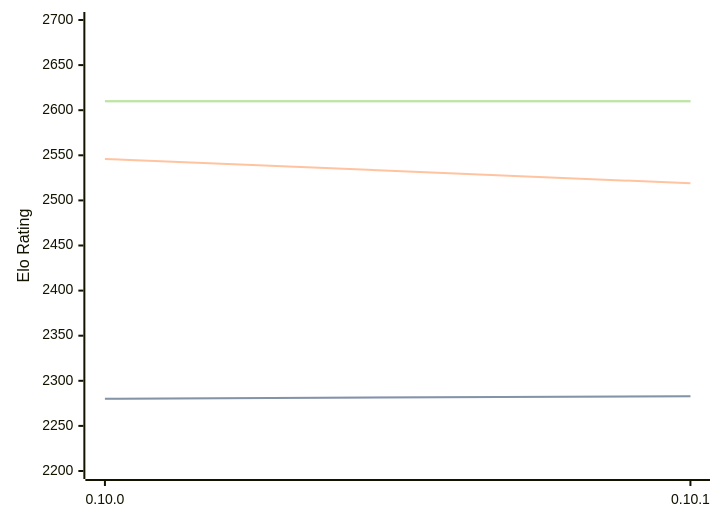
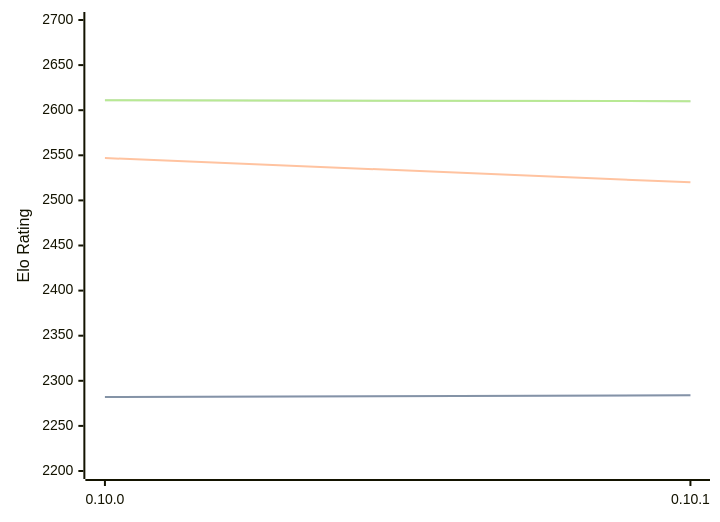
Before and after one commit to computer-chess-index/cci: the diagram in engines/Fatalii.md, drawn with Mermaid. The commit also changed other lines of this file, not shown here.

Commit message:
Update CCI Ratings (ELO VLTC) - 2026-10-09

````diff
--- a/engines/Fatalii.md
+++ b/engines/Fatalii.md
@@ -32,11 +32,11 @@
 ```mermaid
 %%{init: {"theme":"base","themeVariables":{"seriesColors:['#a3a3a3','#222221','#faa371']}}}%%
 xychart-beta
   x-axis ["0.10.0", "0.10.1"]
   y-axis "Elo Rating" 2200 --> 2700
-  line "" [2280, 2283]
-  line "STC (8.0+0.08s)" [2280, 2283]
-  line "LTC (60.0+0.60s)" [2546, 2519]
-  line "" [2610, 2610]
-  line "VLTC (2m24s+1.12s)" [2610, 2610]
+  line "" [2282, 2284]
+  line "STC (8.0+0.08s)" [2282, 2284]
+  line "LTC (60.0+0.60s)" [2547, 2520]
+  line "" [2611, 2610]
+  line "VLTC (2m24s+1.12s)" [2611, 2610]
 ```
````
